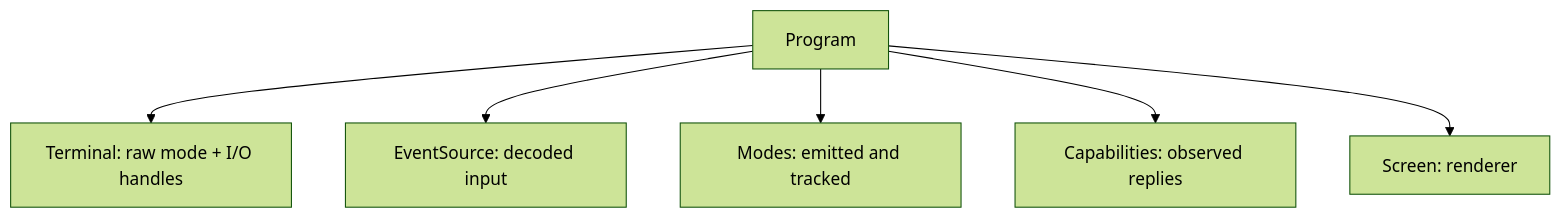
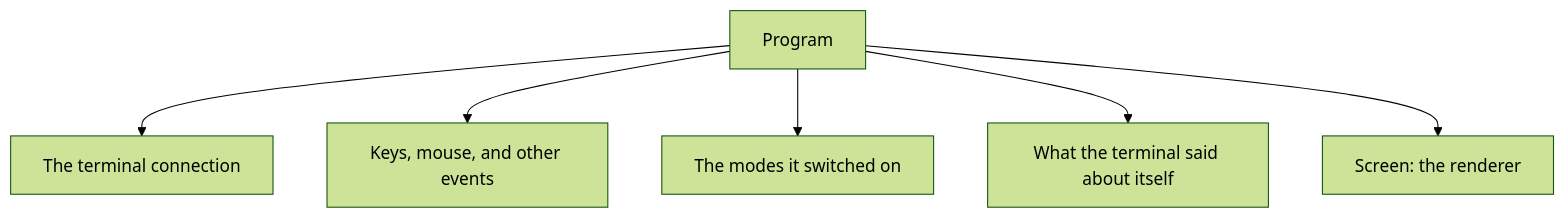
Before and after one commit to aymanbagabas/uncurses: the diagram in website/content/docs/concepts/program.md, drawn with Mermaid (forest theme). The commit also changed other lines of this file and 8 other files, not shown here.

````diff
--- a/website/content/docs/concepts/program.md
+++ b/website/content/docs/concepts/program.md
@@ -13,8 +14,8 @@
 ```mermaid
 flowchart TB
-  program["Program<I, O>"] --> terminal["Terminal: raw mode + I/O handles"]
-  program --> events["EventSource: decoded input"]
-  program --> modes["Modes: emitted and tracked"]
-  program --> caps["Capabilities: observed replies"]
-  program --> screen["Screen<O>: renderer"]
+  program["Program"] --> terminal["The terminal connection"]
+  program --> events["Keys, mouse, and other events"]
+  program --> modes["The modes it switched on"]
+  program --> caps["What the terminal said about itself"]
+  program --> screen["Screen: the renderer"]
 ```
````
